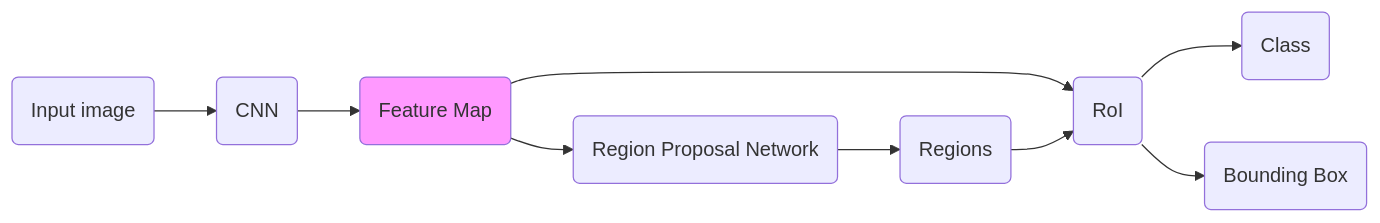
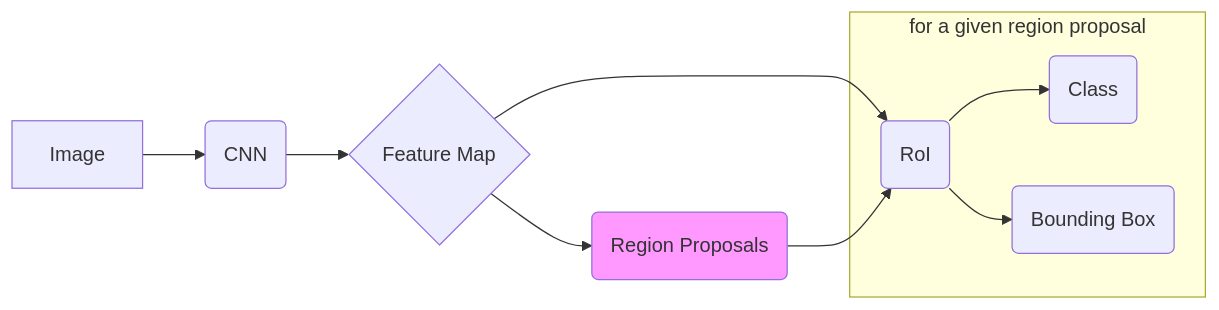
Before and after one commit to rzadp/badminton-monorepo: the diagram in thesis/chapters/podejscie/mask_r-cnn/faster_r-cnn.mmd, drawn with Mermaid. The commit also changed 2 other files, not shown here.

```diff
--- a/thesis/chapters/podejscie/mask_r-cnn/faster_r-cnn.mmd
+++ b/thesis/chapters/podejscie/mask_r-cnn/faster_r-cnn.mmd
@@ -1,30 +1,29 @@
 graph LR
 
 %% ...::: NODES :::...
 
-input(Input image)
+input[Image]
 cnn(CNN)
-feature_map(Feature Map)
-rpn(Region Proposal Network)
-regions(Regions)
+feature_map{Feature Map}
+rpn(Region Proposals)
 roi(RoI)
 
 clas(Class)
 bounding_box(Bounding Box)
 
 %% ...::: STYLING :::...
 
-style feature_map fill:#f9f
+style rpn fill:#f9f
 
 %% ...::: FLOWS :::...
 
 input-->cnn
 cnn-->feature_map
 feature_map-->rpn
-rpn-->regions
 
 feature_map-->roi
-regions-->roi
-
-roi-->clas
-roi-->bounding_box
+rpn-->roi
+subgraph for a given region proposal
+  roi-->clas
+  roi-->bounding_box
+end
```
